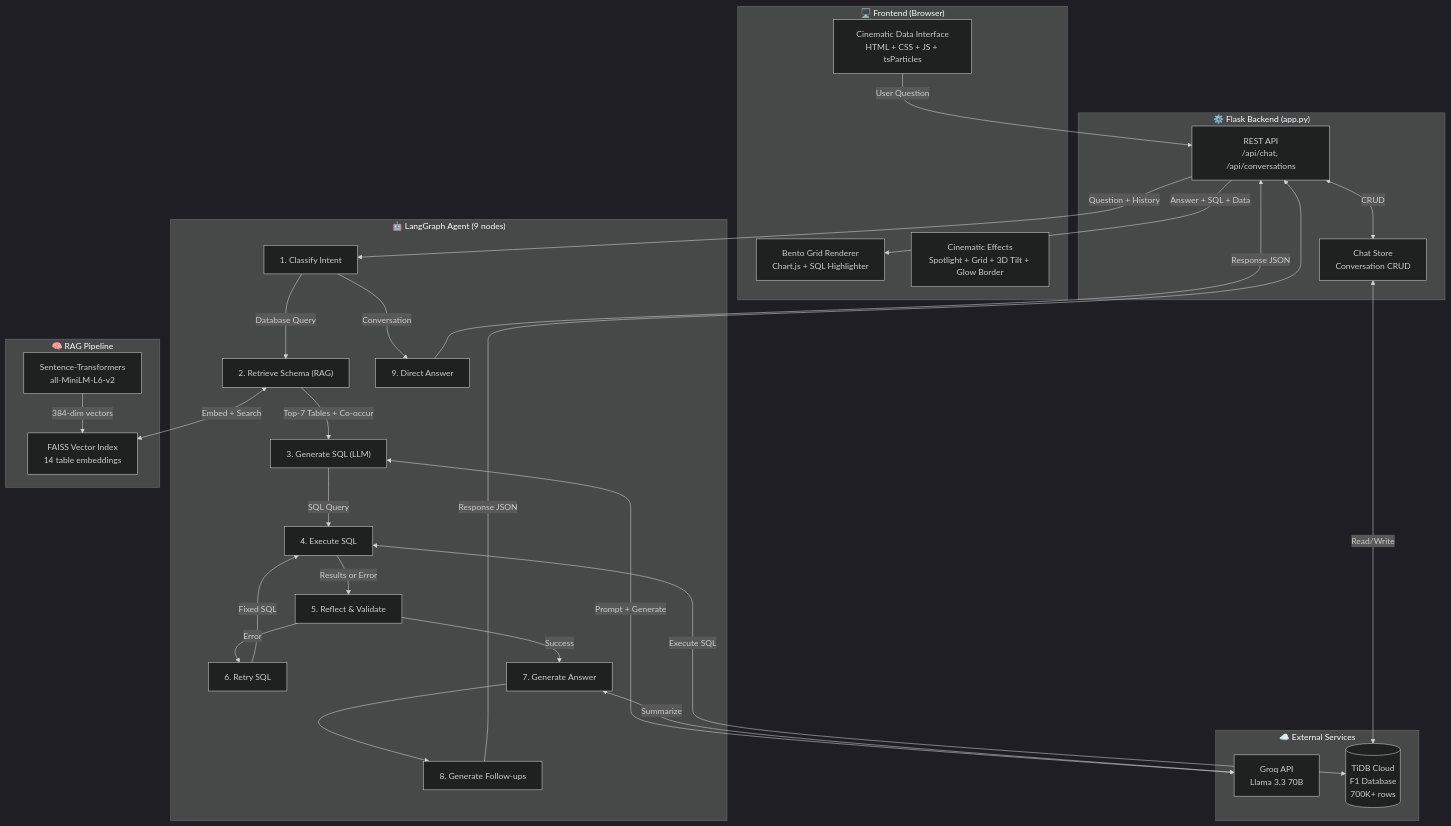
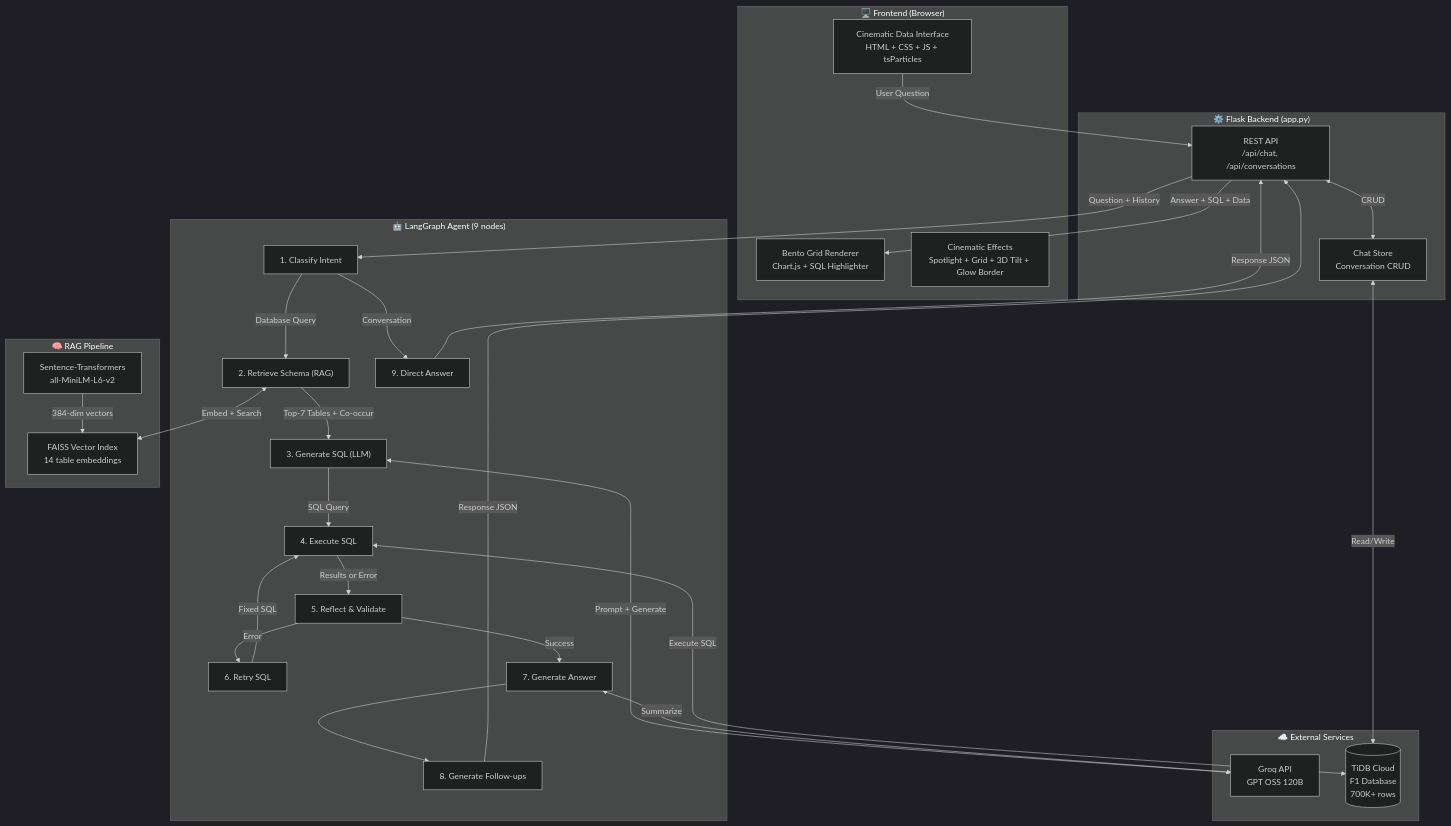
One commit to Venkateswara-Sahu/AI_Powered_Text-to-SQL_RAG_Chatbot changed the first of 6 diagrams in REPORT.md. Above: the diagram before and after it, drawn with Mermaid (dark theme). The commit also changed other lines of this file and 7 other files, not shown here.

Commit message:
Update Groq model to openai/gpt-oss-120b and update documentation

````diff
--- a/REPORT.md
+++ b/REPORT.md
@@ -110,57 +110,57 @@
 ```mermaid
 graph TB
     subgraph Frontend ["🖥️ Frontend (Browser)"]
         UI["Cinematic Data Interface<br/>HTML + CSS + JS + tsParticles"]
         BG["Bento Grid Renderer<br/>Chart.js + SQL Highlighter"]
         FX["Cinematic Effects<br/>Spotlight + Grid + 3D Tilt + Glow Border"]
     end
 
     subgraph Backend ["⚙️ Flask Backend (app.py)"]
         API["REST API<br/>/api/chat, /api/conversations"]
         CS["Chat Store<br/>Conversation CRUD"]
     end
 
     subgraph Agent ["🤖 LangGraph Agent (9 nodes)"]
         CL["1. Classify Intent"]
         RS["2. Retrieve Schema (RAG)"]
         GS["3. Generate SQL (LLM)"]
         EX["4. Execute SQL"]
         RF["5. Reflect & Validate"]
         RT["6. Retry SQL"]
         GA["7. Generate Answer"]
         GF["8. Generate Follow-ups"]
         DA["9. Direct Answer"]
     end
 
     subgraph RAG ["🧠 RAG Pipeline"]
         EMB["Sentence-Transformers<br/>all-MiniLM-L6-v2"]
         FAISS["FAISS Vector Index<br/>14 table embeddings"]
     end
 
     subgraph External ["☁️ External Services"]
-        GROQ["Groq API<br/>Llama 3.3 70B"]
+        GROQ["Groq API<br/>GPT OSS 120B"]
         TIDB[("TiDB Cloud<br/>F1 Database<br/>700K+ rows")]
     end
 
     UI -->|User Question| API
     API -->|Question + History| CL
     CL -->|Database Query| RS
     CL -->|Conversation| DA
     RS -->|Top-7 Tables + Co-occur| GS
     GS -->|SQL Query| EX
     EX -->|Results or Error| RF
     RF -->|Error| RT
     RT -->|Fixed SQL| EX
     RF -->|Success| GA
     GA --> GF
     GF -->|Response JSON| API
     DA -->|Response JSON| API
     API -->|Answer + SQL + Data| BG
     API <-->|CRUD| CS
     CS <-->|Read/Write| TIDB
     RS <-->|Embed + Search| FAISS
     EMB -->|384-dim vectors| FAISS
     GS <-->|Prompt + Generate| GROQ
     GA <-->|Summarize| GROQ
     EX <-->|Execute SQL| TIDB
 ```
````
